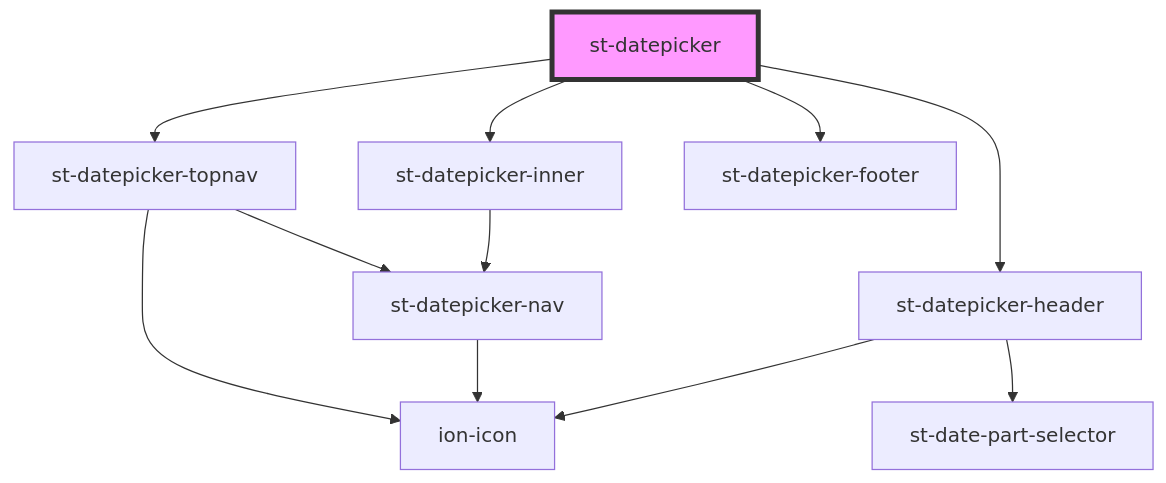
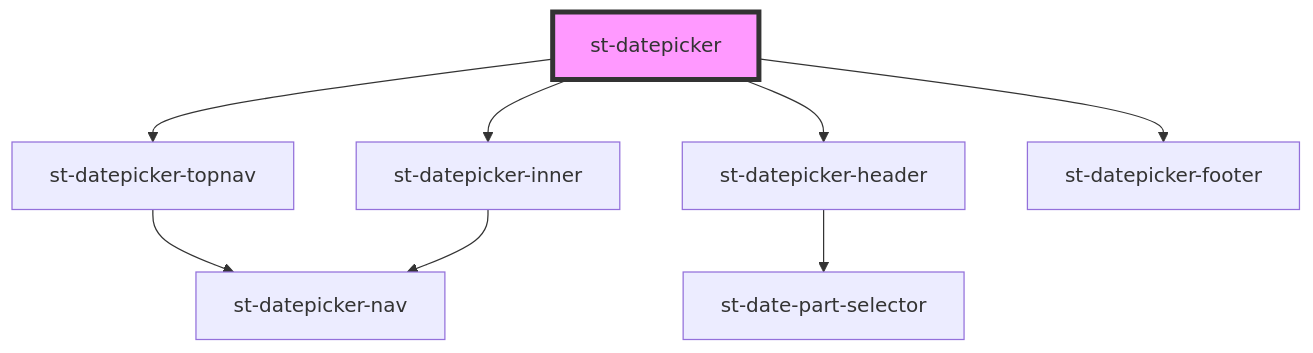
Before and after one commit to k1laba/st-datepicker: the diagram in src/components/st-dateicker/readme.md, drawn with Mermaid. The commit also changed 737 other files, not shown here.

````diff
--- a/src/components/st-dateicker/readme.md
+++ b/src/components/st-dateicker/readme.md
@@ -46,14 +46,11 @@
 ```mermaid
 graph TD;
   st-datepicker --> st-datepicker-topnav
   st-datepicker --> st-datepicker-header
   st-datepicker --> st-datepicker-inner
   st-datepicker --> st-datepicker-footer
-  st-datepicker-topnav --> ion-icon
   st-datepicker-topnav --> st-datepicker-nav
-  st-datepicker-nav --> ion-icon
-  st-datepicker-header --> ion-icon
   st-datepicker-header --> st-date-part-selector
   st-datepicker-inner --> st-datepicker-nav
   style st-datepicker fill:#f9f,stroke:#333,stroke-width:4px
 ```
````
